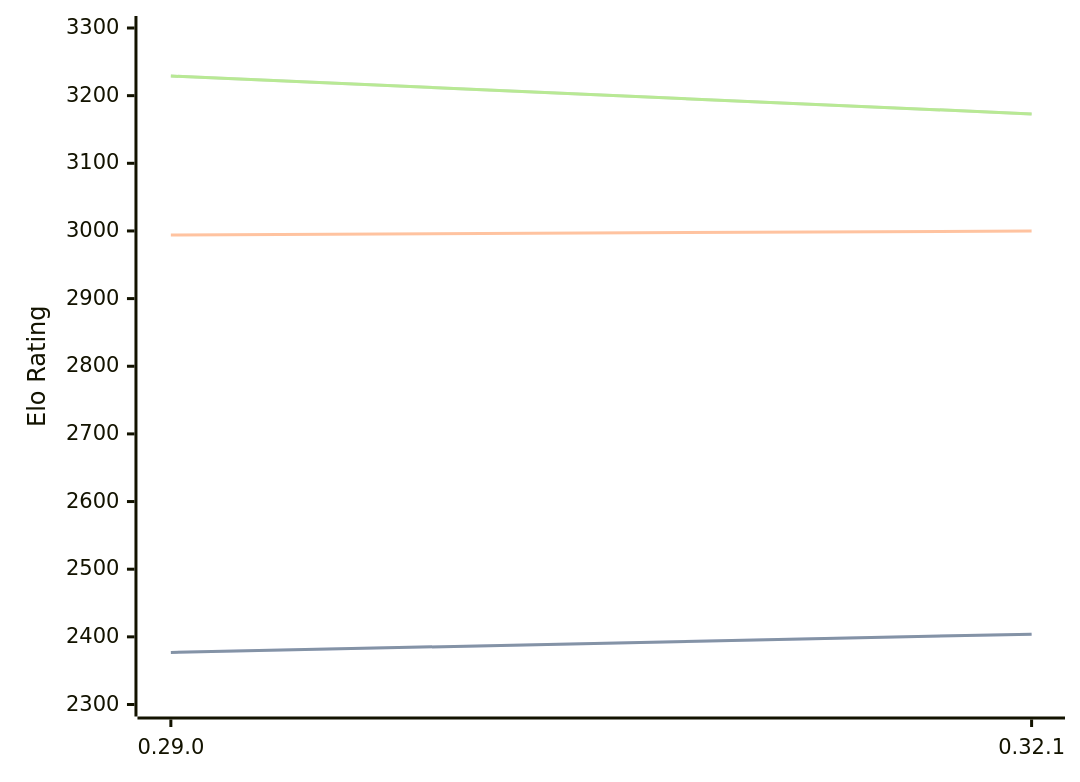
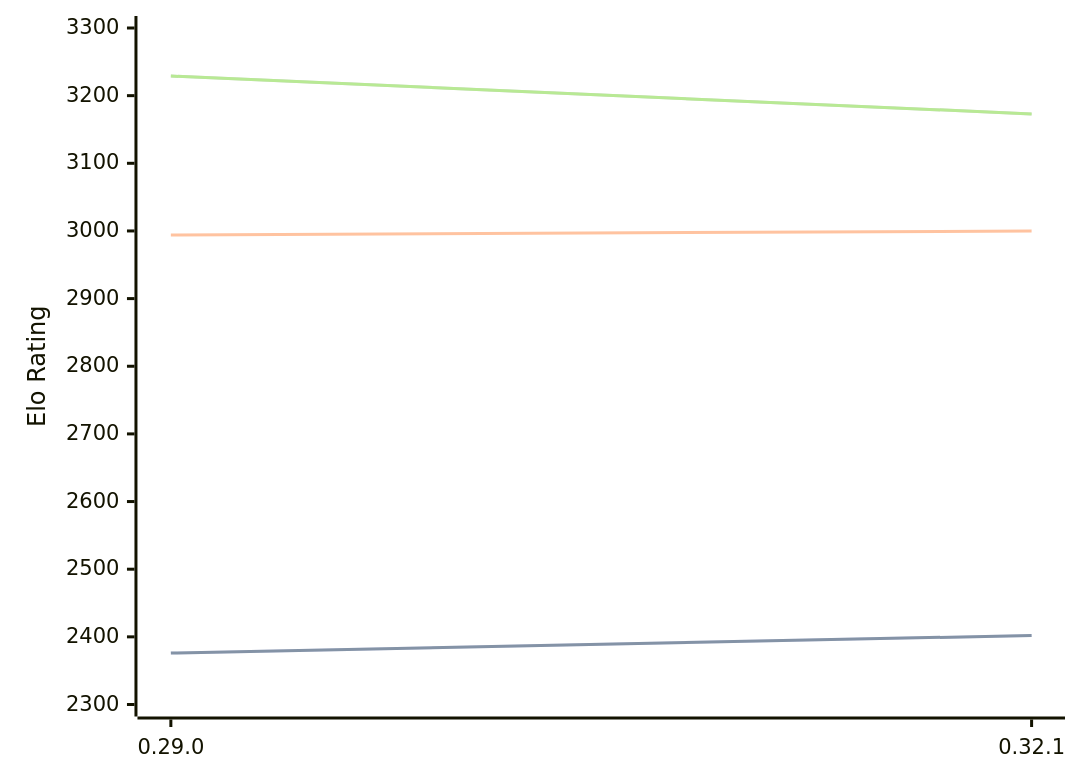
One commit to computer-chess-index/cci changed the diagram in engines/Lc0.md. Above: the diagram before and after it, drawn with Mermaid. The commit also changed other lines of this file, not shown here.

````diff
--- a/engines/Lc0.md
+++ b/engines/Lc0.md
@@ -32,11 +32,11 @@
 ```mermaid
 %%{init: {"theme":"base","themeVariables":{"seriesColors:['#a3a3a3','#222221','#faa371']}}}%%
 xychart-beta
   x-axis ["0.29.0", "0.32.1"]
   y-axis "Elo Rating" 2300 --> 3300
-  line "" [2377, 2404]
-  line "STC (8.0+0.08s)" [2377, 2404]
+  line "" [2376, 2402]
+  line "STC (8.0+0.08s)" [2376, 2402]
   line "LTC (60.0+0.60s)" [2994, 3000]
   line "" [3229, 3173]
   line "VLTC (2m24s+1.12s)" [3229, 3173]
 ```
````
